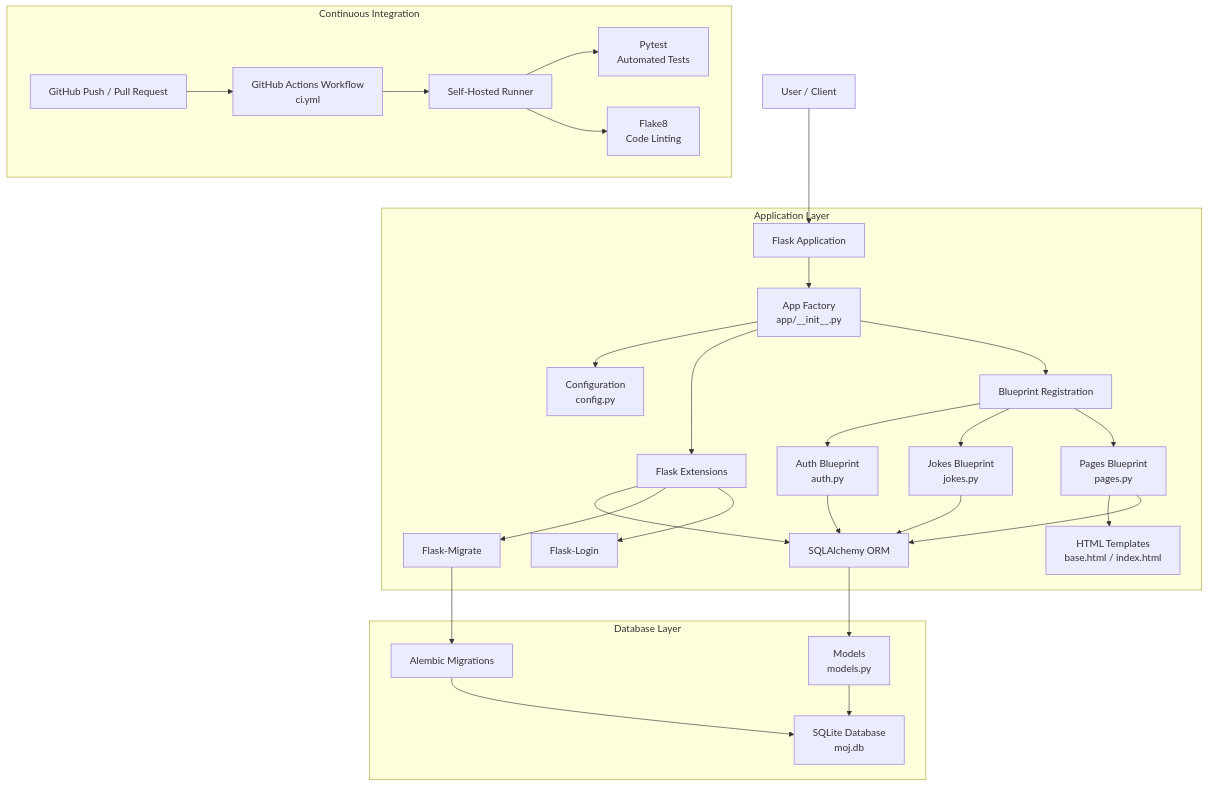
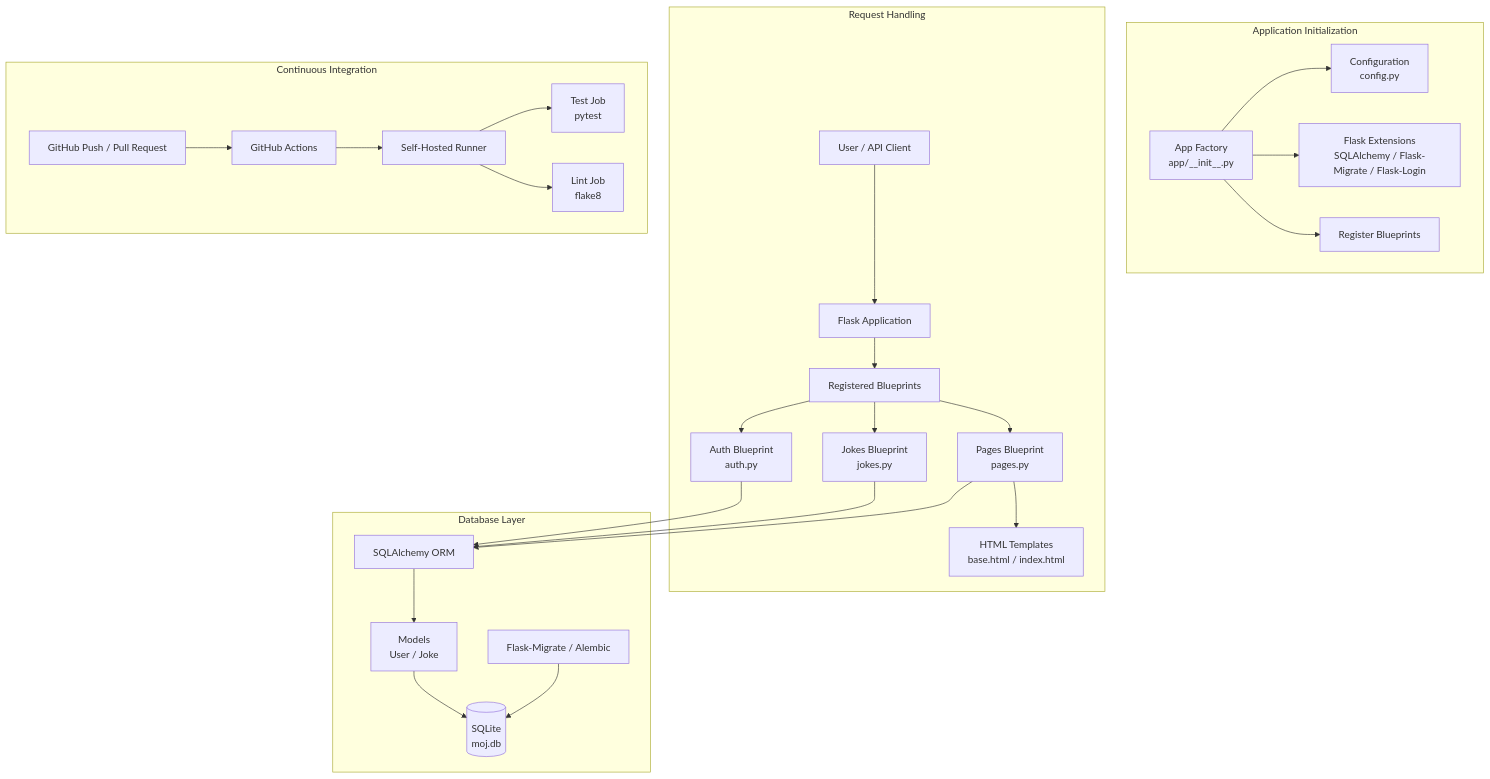
Before and after one commit to charith1011/EnvClub: the first of 2 diagrams in test.md, drawn with Mermaid. The commit also changed other lines of this file, not shown here.

Commit message:
Refactor mermaid diagrams for application flow

````diff
--- a/test.md
+++ b/test.md
@@ -2,39 +2,38 @@
 ```mermaid
 flowchart TD
-    A["User / Client"] --> B["Flask Application"]
-
-    subgraph APP["Application Layer"]
-        B --> C["App Factory<br/>app/__init__.py"]
-        C --> D["Configuration<br/>config.py"]
-        C --> E["Flask Extensions"]
-        C --> F["Blueprint Registration"]
-
-        E --> G["SQLAlchemy ORM"]
-        E --> H["Flask-Migrate"]
-        E --> I["Flask-Login"]
-
-        F --> J["Auth Blueprint<br/>auth.py"]
-        F --> K["Jokes Blueprint<br/>jokes.py"]
-        F --> L["Pages Blueprint<br/>pages.py"]
-        
-        L --> M["HTML Templates<br/>base.html / index.html"]
+    subgraph APP["Application Initialization"]
+        A["App Factory<br/>app/__init__.py"]
+        B["Configuration<br/>config.py"]
+        C["Flask Extensions<br/>SQLAlchemy / Flask-Migrate / Flask-Login"]
+        D["Register Blueprints"]
+        A --> B
+        A --> C
+        A --> D
     end
 
-    J --> G
-    K --> G
-    L --> G
+    subgraph REQUESTS["Request Handling"]
+        U["User / API Client"] --> F["Flask Application"]
+        F --> E["Registered Blueprints"]
+        E --> G["Auth Blueprint<br/>auth.py"]
+        E --> H["Jokes Blueprint<br/>jokes.py"]
+        E --> I["Pages Blueprint<br/>pages.py"]
+        I --> J["HTML Templates<br/>base.html / index.html"]
+    end
 
-    subgraph DATA["Database Layer"]
-        G --> N["Models<br/>models.py"]
-        N --> O["SQLite Database<br/>moj.db"]
-        H --> P["Alembic Migrations"]
-        P --> O
+    G --> K["SQLAlchemy ORM"]
+    H --> K
+    I --> K
+
+    subgraph DATABASE["Database Layer"]
+        K --> L["Models<br/>User / Joke"]
+        L --> M[("SQLite<br/>moj.db")]
+        N["Flask-Migrate / Alembic"] --> M
     end
 
     subgraph CI["Continuous Integration"]
-        Q["GitHub Push / Pull Request"] --> R["GitHub Actions Workflow<br/>ci.yml"]
-        R --> S["Self-Hosted Runner"]
-        S --> T["Pytest<br/>Automated Tests"]
-        S --> U["Flake8<br/>Code Linting"]
+        O["GitHub Push / Pull Request"] --> P["GitHub Actions"]
+        P --> Q["Self-Hosted Runner"]
+        Q --> R["Test Job<br/>pytest"]
+        Q --> S["Lint Job<br/>flake8"]
     end
 ```
````
